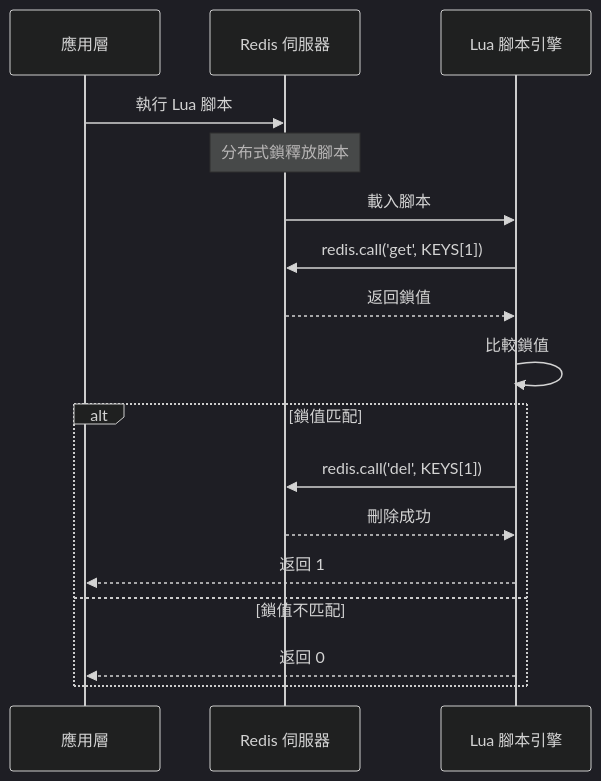
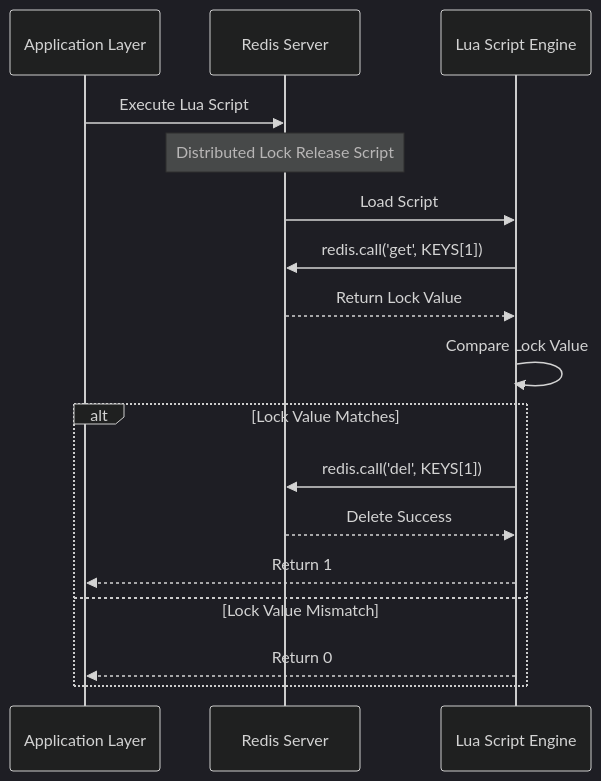
The fifth of 10 diagrams in README.md (Vinskao/ty-multiverse-backend), drawn with Mermaid (dark theme) before and after one commit. The commit also changed other lines of this file, not shown here.

Commit message:
info: update graph

````diff
--- a/README.md
+++ b/README.md
@@ -320,20 +249,20 @@
 ```mermaid
 sequenceDiagram
-    participant App as 應用層
-    participant Redis as Redis 伺服器
-    participant Lua as Lua 腳本引擎
+    participant App as Application Layer
+    participant Redis as Redis Server
+    participant Lua as Lua Script Engine
     
-    App->>Redis: 執行 Lua 腳本
-    Note over Redis: 分布式鎖釋放腳本
-    Redis->>Lua: 載入腳本
+    App->>Redis: Execute Lua Script
+    Note over Redis: Distributed Lock Release Script
+    Redis->>Lua: Load Script
     Lua->>Redis: redis.call('get', KEYS[1])
-    Redis-->>Lua: 返回鎖值
-    Lua->>Lua: 比較鎖值
-    alt 鎖值匹配
+    Redis-->>Lua: Return Lock Value
+    Lua->>Lua: Compare Lock Value
+    alt Lock Value Matches
         Lua->>Redis: redis.call('del', KEYS[1])
-        Redis-->>Lua: 刪除成功
-        Lua-->>App: 返回 1
-    else 鎖值不匹配
-        Lua-->>App: 返回 0
+        Redis-->>Lua: Delete Success
+        Lua-->>App: Return 1
+    else Lock Value Mismatch
+        Lua-->>App: Return 0
     end
 ```
````
